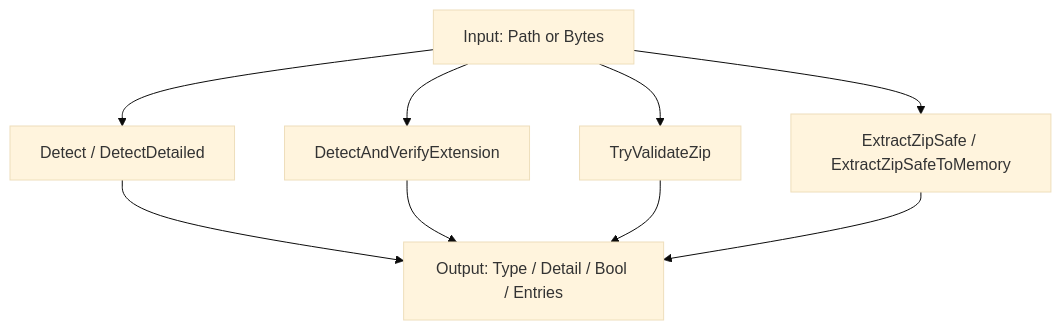
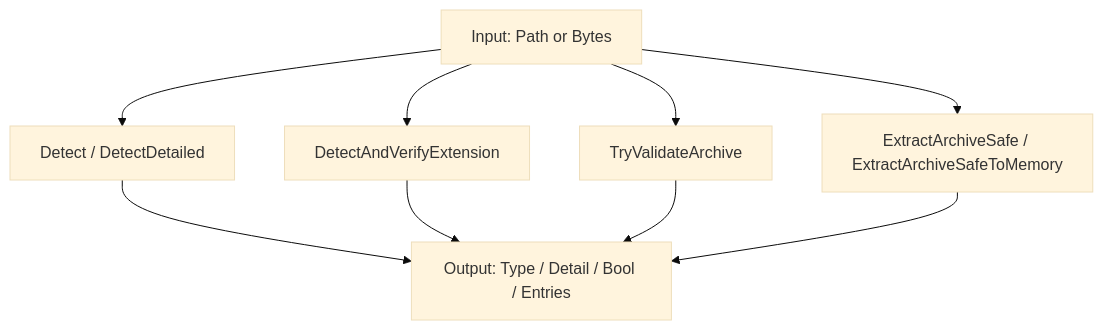
Before and after one commit to tomtastisch/FileClassifier: the first of 5 diagrams in docs/01_FUNCTIONS.md, drawn with Mermaid (base theme). The commit also changed other lines of this file and 32 other files, not shown here.

Commit message:
refactor: vereinheitliche zip-benennungen auf archive

````diff
--- a/docs/01_FUNCTIONS.md
+++ b/docs/01_FUNCTIONS.md
@@ -67,14 +67,14 @@
 ```mermaid
 flowchart TD
     I0["Input: Path or Bytes"]
     D1["Detect / DetectDetailed"]
     D2["DetectAndVerifyExtension"]
-    V1["TryValidateZip"]
-    X1["ExtractZipSafe / ExtractZipSafeToMemory"]
+    V1["TryValidateArchive"]
+    X1["ExtractArchiveSafe / ExtractArchiveSafeToMemory"]
     O0["Output: Type / Detail / Bool / Entries"]
 
     I0 --> D1 --> O0
     I0 --> D2 --> O0
     I0 --> V1 --> O0
     I0 --> X1 --> O0
 ```
````
